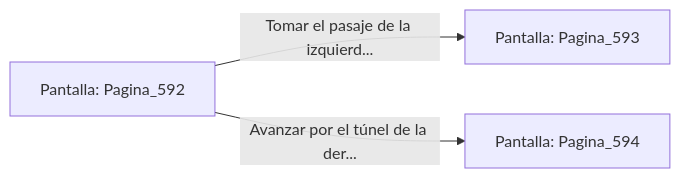
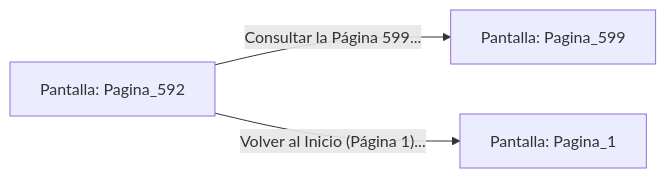
One commit to metsuke/mpl changed the diagram in sample/eligejuego-vault/Pantalla_Pagina_592.md. Above: the diagram before and after it, drawn with Mermaid. The commit also changed other lines of this file and 635 other files, not shown here.

First line of the commit message:
fix: añadir Pagina_1 como pantalla inicial en capitulo_01.mpl

````diff
--- a/sample/eligejuego-vault/Pantalla_Pagina_592.md
+++ b/sample/eligejuego-vault/Pantalla_Pagina_592.md
@@ -20,6 +22,6 @@
 ```mermaid
 graph LR
     P_Pagina_592["Pantalla: Pagina_592"]
-    P_Pagina_592 -->|"Tomar el pasaje de la izquierd..."| P_Pagina_593["Pantalla: Pagina_593"]
-    P_Pagina_592 -->|"Avanzar por el túnel de la der..."| P_Pagina_594["Pantalla: Pagina_594"]
+    P_Pagina_592 -->|"Consultar la Página 599..."| P_Pagina_599["Pantalla: Pagina_599"]
+    P_Pagina_592 -->|"Volver al Inicio (Página 1)..."| P_Pagina_1["Pantalla: Pagina_1"]
 ```
````
